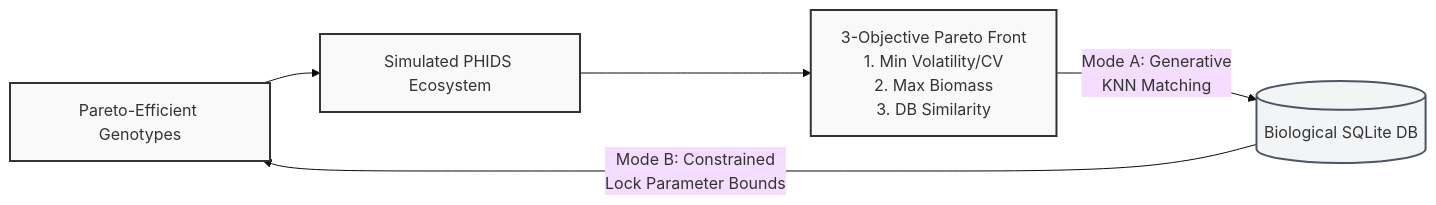
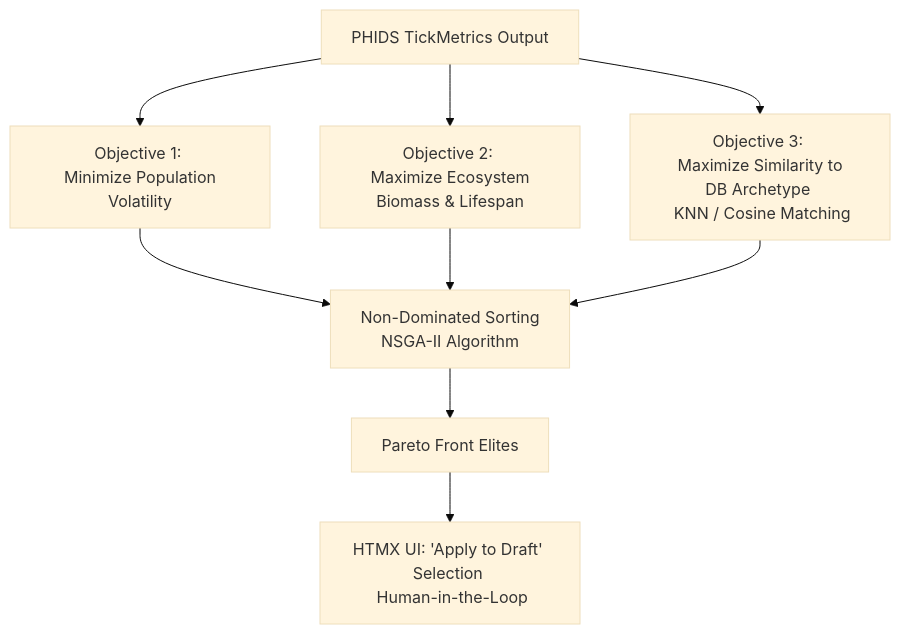
One commit to foersben/PHIDS changed the fourth of 5 diagrams in docs/scenario_guide/design_space_exploration.md. Above: the diagram before and after it, drawn with Mermaid (base theme). The commit also changed other lines of this file, not shown here.

````diff
--- a/docs/scenario_guide/design_space_exploration.md
+++ b/docs/scenario_guide/design_space_exploration.md
@@ -82,12 +158,13 @@
 ```mermaid
-graph LR
-    G[Pareto-Efficient Genotypes] --> S[Simulated PHIDS Ecosystem]
-    S --> P[3-Objective Pareto Front<br/>1. Min Volatility/CV<br/>2. Max Biomass<br/>3. DB Similarity]
+graph TD
+    Metrics[PHIDS TickMetrics Output] --> Obj1[Objective 1: <br/> Minimize Population Volatility]
+    Metrics --> Obj2[Objective 2: <br/> Maximize Ecosystem Biomass & Lifespan]
+    Metrics --> Obj3[Objective 3: <br/> Maximize Similarity to DB Archetype <br/> KNN / Cosine Matching]
 
-    P -->|Mode A: Generative<br/>KNN Matching| DB[(Biological SQLite DB)]
-    DB -->|Mode B: Constrained<br/>Lock Parameter Bounds| G
+    Obj1 --> NSGA[Non-Dominated Sorting <br/> NSGA-II Algorithm]
+    Obj2 --> NSGA
+    Obj3 --> NSGA
 
-    classDef default fill:#f9f9f9,stroke:#333,stroke-width:2px;
-    classDef db fill:#f3f4f6,stroke:#4b5563,stroke-width:2px;
-    class DB db;
+    NSGA --> Elites[Pareto Front Elites]
+    Elites --> UI[HTMX UI: 'Apply to Draft' Selection <br/> Human-in-the-Loop]
 ```
````
